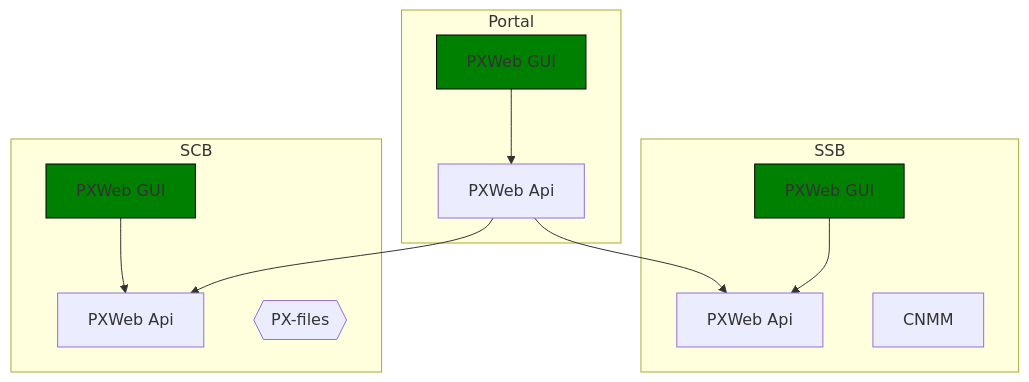
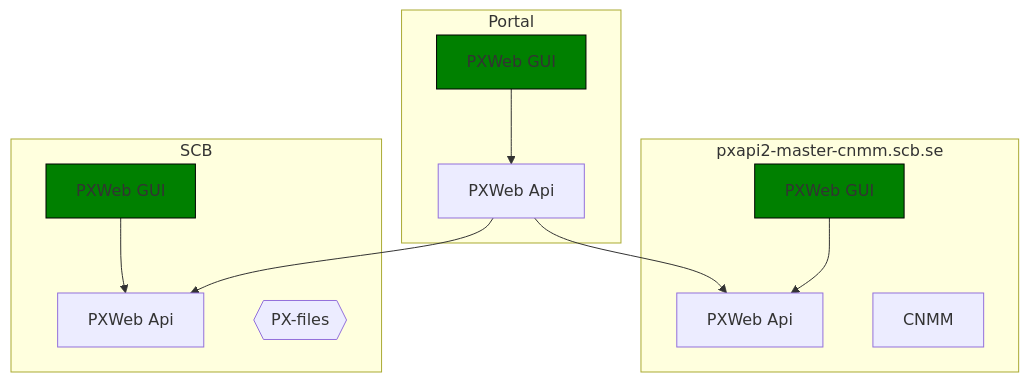
Before and after one commit to statisticssweden/PxWeb: the first of 2 diagrams in PortalSketch.md, drawn with Mermaid.

````diff
--- a/PortalSketch.md
+++ b/PortalSketch.md
@@ -2,27 +2,27 @@
 ```mermaid
 flowchart TB
    subgraph Portal
    PortalPXWeb[PXWeb GUI]:::guiStyle
    PortalPXWebApi[PXWeb Api]
    end 
    
-   subgraph SSB
+   subgraph pxapi2-master-cnmm.scb.se
    SSBPXWeb[PXWeb GUI]:::guiStyle
    SSBPXWebApi[PXWeb Api]
    SSBBackend[CNMM]
    end
    
    subgraph SCB
    SCBPXWeb[PXWeb GUI]:::guiStyle
    SCBPXWebApi[PXWeb Api]
    SCBBackend{{PX-files}}
    end
    
    PortalPXWeb --> PortalPXWebApi
    SSBPXWeb --> SSBPXWebApi
    
    PortalPXWebApi --> SSBPXWebApi
    PortalPXWebApi --> SCBPXWebApi
    SCBPXWeb --> SCBPXWebApi
    classDef guiStyle fill:green,stroke:black   
 ```
````
